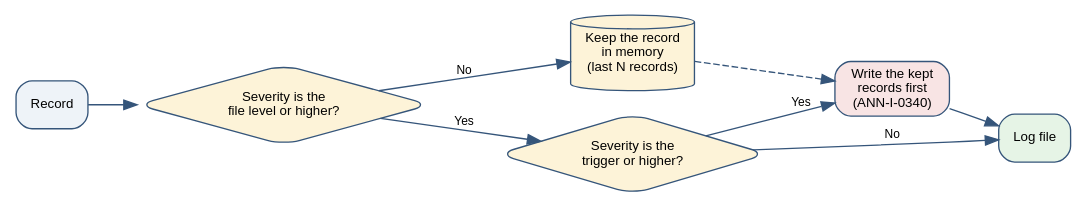
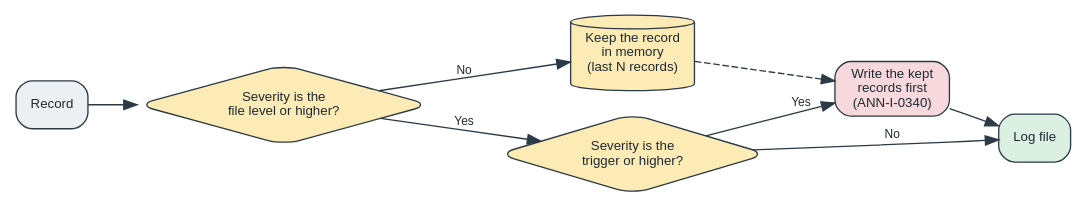
One commit to MasonicTombomb/annunciator changed the diagram in docs/figures/recorder.dot. Above: the diagram before and after it, drawn with Graphviz. The commit also changed 105 other files, not shown here.

```diff
--- a/docs/figures/recorder.dot
+++ b/docs/figures/recorder.dot
@@ -1,10 +1,10 @@
 digraph recorder {
-  rankdir=LR; fontname="Helvetica"; node [fontname="Helvetica", fontsize=10, shape=box, style="rounded,filled", fillcolor="#eef3f8", color="#35557a"]; edge [fontname="Helvetica", fontsize=9, color="#35557a"];
+  rankdir=LR; fontname="Helvetica"; node [fontcolor="#1E2A33", fontname="Helvetica", fontsize=10, shape=box, style="rounded,filled", fillcolor="#EDF0F3", color="#2B3A46"]; edge [fontcolor="#1E2A33", fontname="Helvetica", fontsize=9, color="#2B3A46"];
   rec [label="Record"];
-  q1 [label="Severity is the\nfile level or higher?", shape=diamond, fillcolor="#fdf3d8"];
-  mem [label="Keep the record\nin memory\n(last N records)", shape=cylinder, fillcolor="#fdf3d8"];
-  q2 [label="Severity is the\ntrigger or higher?", shape=diamond, fillcolor="#fdf3d8"];
-  flush [label="Write the kept\nrecords first\n(ANN-I-0340)", fillcolor="#f8e4e4"];
-  file [label="Log file", fillcolor="#e6f4e6"];
+  q1 [label="Severity is the\nfile level or higher?", shape=diamond, fillcolor="#FDEBB5"];
+  mem [label="Keep the record\nin memory\n(last N records)", shape=cylinder, fillcolor="#FDEBB5"];
+  q2 [label="Severity is the\ntrigger or higher?", shape=diamond, fillcolor="#FDEBB5"];
+  flush [label="Write the kept\nrecords first\n(ANN-I-0340)", fillcolor="#F7D9DD"];
+  file [label="Log file", fillcolor="#DCEFE3"];
   rec -> q1; q1 -> mem [label="No"]; q1 -> q2 [label="Yes"]; q2 -> file [label="No"]; q2 -> flush [label="Yes"]; flush -> file; mem -> flush [style=dashed];
 }
```
